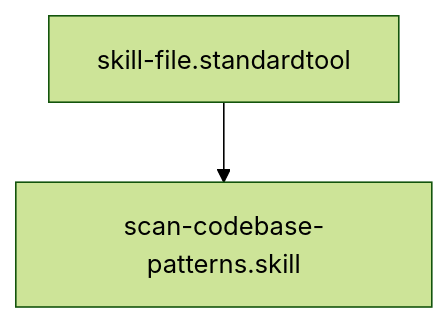
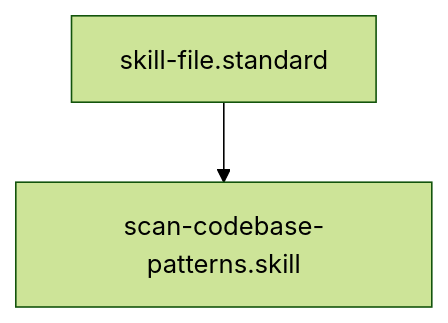
One commit to Gizmo4Life/ai-kernel changed the diagram in skills/scan-codebase-patterns.skill.md. Above: the diagram before and after it, drawn with Mermaid (forest theme). The commit also changed other lines of this file and 89 other files, not shown here.

````diff
--- a/skills/scan-codebase-patterns.skill.md
+++ b/skills/scan-codebase-patterns.skill.md
@@ -27,4 +28,4 @@
 ```mermaid
 graph TD
-    skill-file.standardtool --> scan-codebase-patterns.skill
+    skill-file.standard --> scan-codebase-patterns.skill
 ```
````
